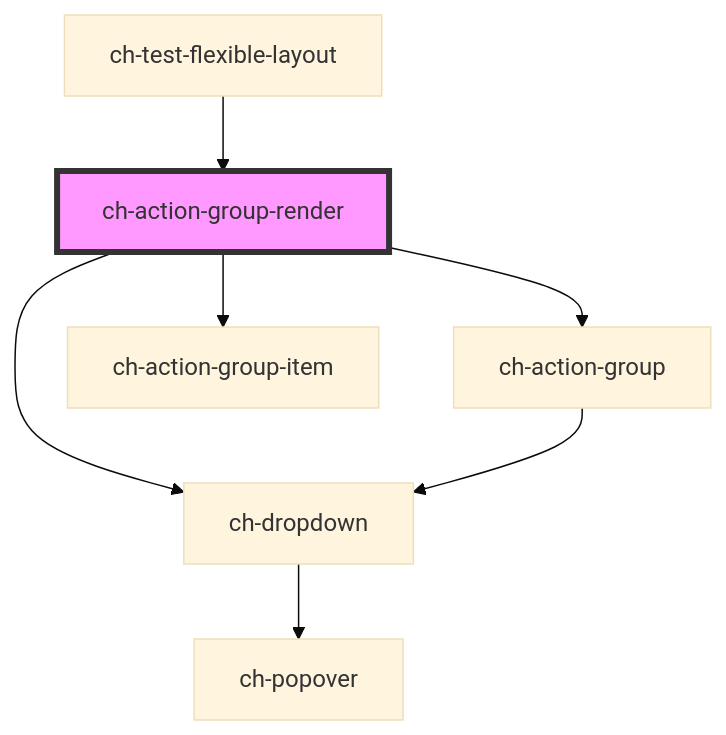
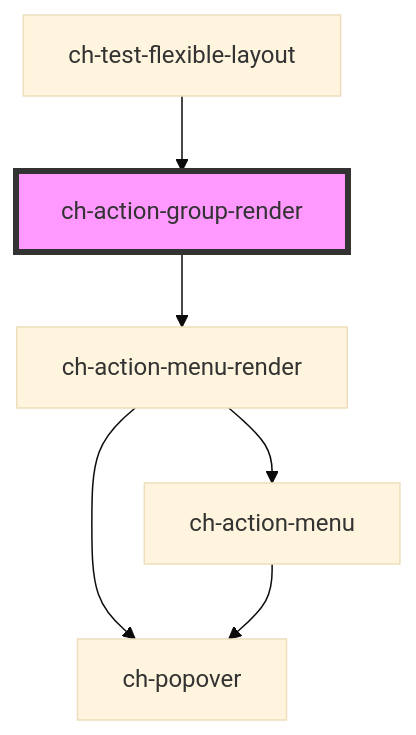
Before and after one commit to genexuslabs/chameleon-controls-library: the diagram in src/components/action-group/readme.md, drawn with Mermaid (base theme). The commit also changed other lines of this file and 15 other files, not shown here.

````diff
--- a/src/components/action-group/readme.md
+++ b/src/components/action-group/readme.md
@@ -38,10 +34,9 @@
 ```mermaid
 graph TD;
-  ch-action-group-render --> ch-dropdown
-  ch-action-group-render --> ch-action-group
-  ch-action-group-render --> ch-action-group-item
-  ch-dropdown --> ch-popover
-  ch-action-group --> ch-dropdown
+  ch-action-group-render --> ch-action-menu-render
+  ch-action-menu-render --> ch-action-menu
+  ch-action-menu-render --> ch-popover
+  ch-action-menu --> ch-popover
   ch-test-flexible-layout --> ch-action-group-render
   style ch-action-group-render fill:#f9f,stroke:#333,stroke-width:4px
 ```
````
